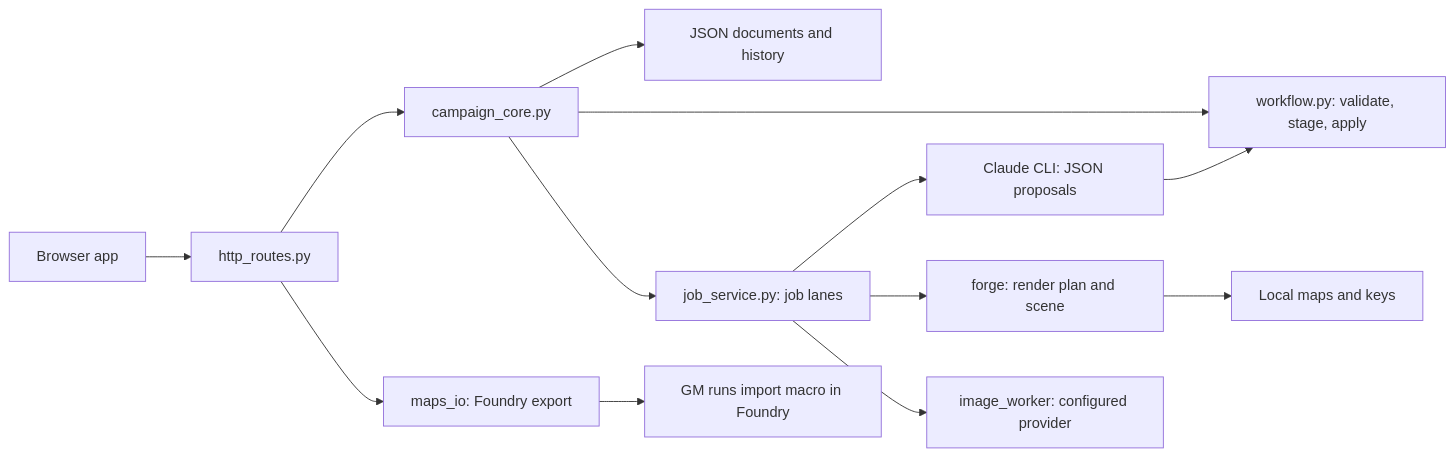
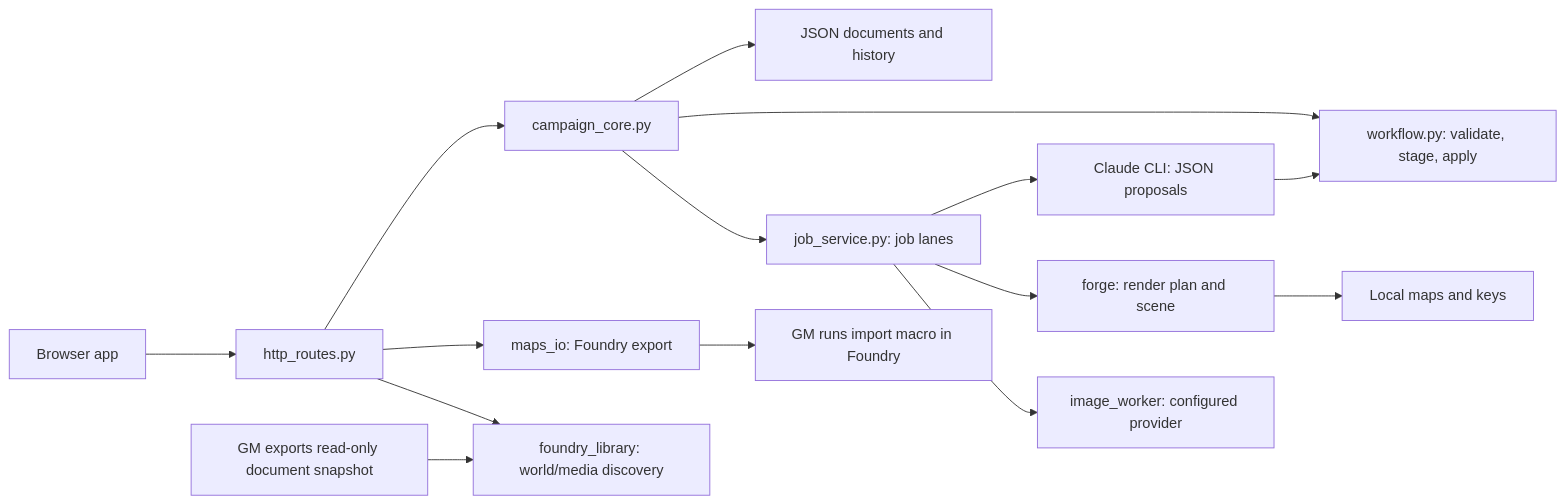
One commit to LimtlessLtd/campaign-studio changed the diagram in docs/ARCHITECTURE.md. Above: the diagram before and after it, drawn with Mermaid. The commit also changed other lines of this file and 17 other files, not shown here.

Commit message:
Add first-run setup and read-only Foundry World Library

````diff
--- a/docs/ARCHITECTURE.md
+++ b/docs/ARCHITECTURE.md
@@ -6,15 +6,17 @@
 ```mermaid
 flowchart LR
   UI[Browser app] --> HTTP[http_routes.py]
   HTTP --> Core[campaign_core.py]
   Core --> Docs[JSON documents and history]
   Core --> WF[workflow.py: validate, stage, apply]
   Core --> Queue[job_service.py: job lanes]
   Queue --> AI[Claude CLI: JSON proposals]
   AI --> WF
   Queue --> Forge[forge: render plan and scene]
   Queue --> Art[image_worker: configured provider]
   Forge --> Maps[Local maps and keys]
   HTTP --> Export[maps_io: Foundry export]
   Export --> Macro[GM runs import macro in Foundry]
+  HTTP --> Library[foundry_library: world/media discovery]
+  FoundrySnapshot[GM exports read-only document snapshot] --> Library
 ```
````
